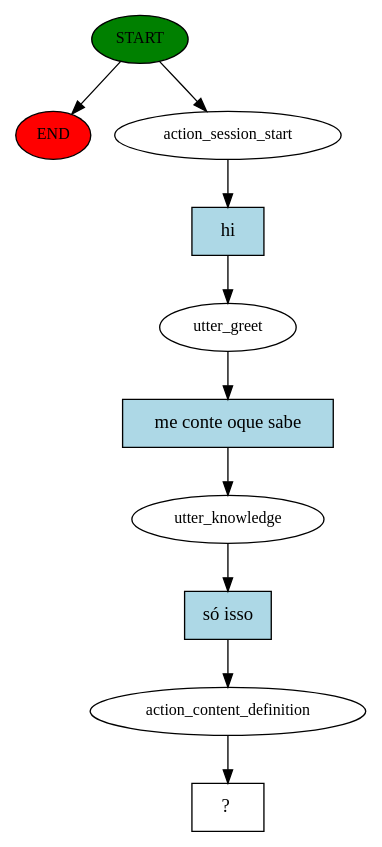
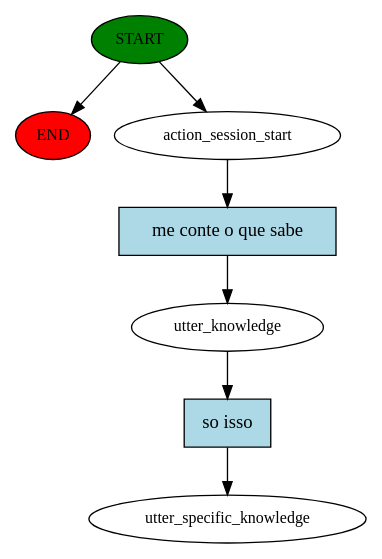
One commit to deeplearningunb/DeepLearningVirtualAssistant-RASA changed the diagram in story_graph.dot. Above: the diagram before and after it, drawn with Graphviz. The commit also changed 34 other files, not shown here.

```diff
--- a/story_graph.dot
+++ b/story_graph.dot
@@ -1,21 +1,15 @@
 digraph  {
 0 [class="start active", fillcolor=green, fontsize=12, label=START, style=filled];
 "-1" [class=end, fillcolor=red, fontsize=12, label=END, style=filled];
 1 [class=active, fontsize=12, label=action_session_start];
-2 [class=active, fontsize=12, label=utter_greet];
-3 [class=active, fontsize=12, label=utter_knowledge];
-4 [class=active, fontsize=12, label=action_content_definition];
-5 [class="intent dashed active", label="  ?  ", shape=rect];
-6 [class="intent active", fillcolor=lightblue, label=hi, shape=rect, style=filled];
-7 [class="intent active", fillcolor=lightblue, label="me conte oque sabe", shape=rect, style=filled];
-8 [class="intent active", fillcolor=lightblue, label="só isso", shape=rect, style=filled];
+2 [class=active, fontsize=12, label=utter_knowledge];
+3 [class="dashed active", fontsize=12, label=utter_specific_knowledge];
+4 [class="intent active", fillcolor=lightblue, label="me conte o que sabe", shape=rect, style=filled];
+5 [class="intent active", fillcolor=lightblue, label="so isso", shape=rect, style=filled];
 0 -> "-1"  [class="", key=NONE, label=""];
 0 -> 1  [class=active, key=NONE, label=""];
-1 -> 6  [class=active, key=0];
-2 -> 7  [class=active, key=0];
-3 -> 8  [class=active, key=0];
-4 -> 5  [class=active, key=NONE, label=""];
-6 -> 2  [class=active, key=0];
-7 -> 3  [class=active, key=0];
-8 -> 4  [class=active, key=0];
+1 -> 4  [class=active, key=0];
+2 -> 5  [class=active, key=0];
+4 -> 2  [class=active, key=0];
+5 -> 3  [class=active, key=0];
 }
```
